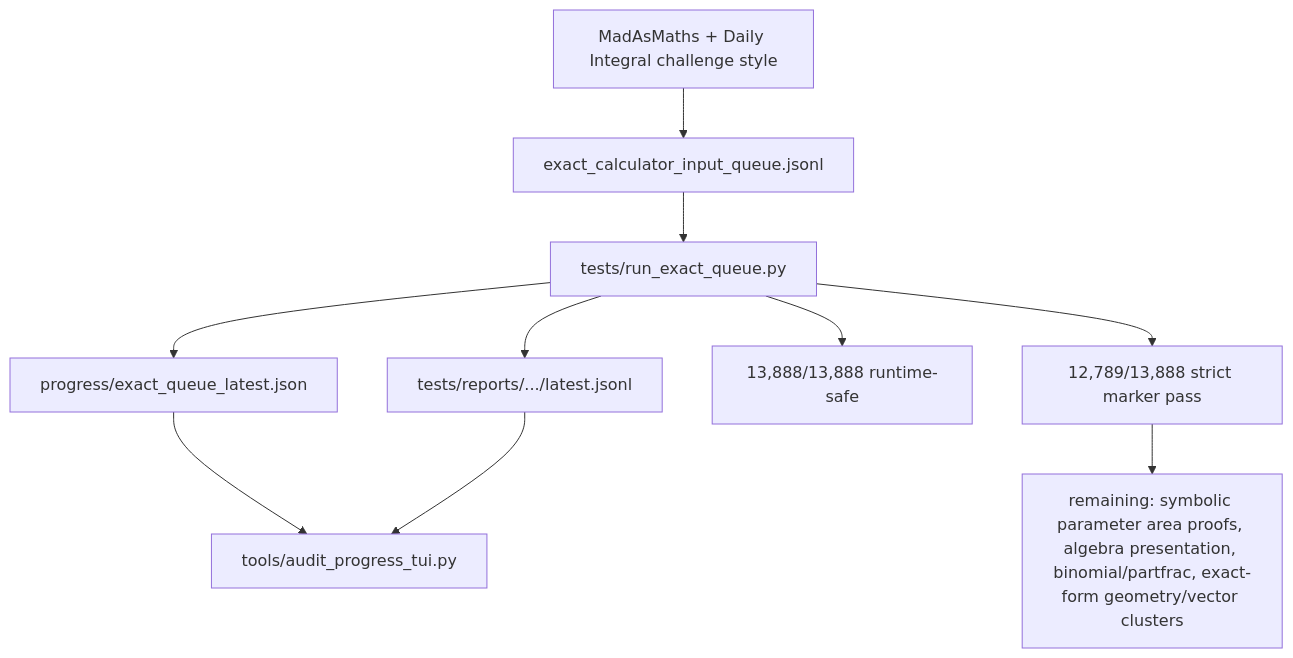
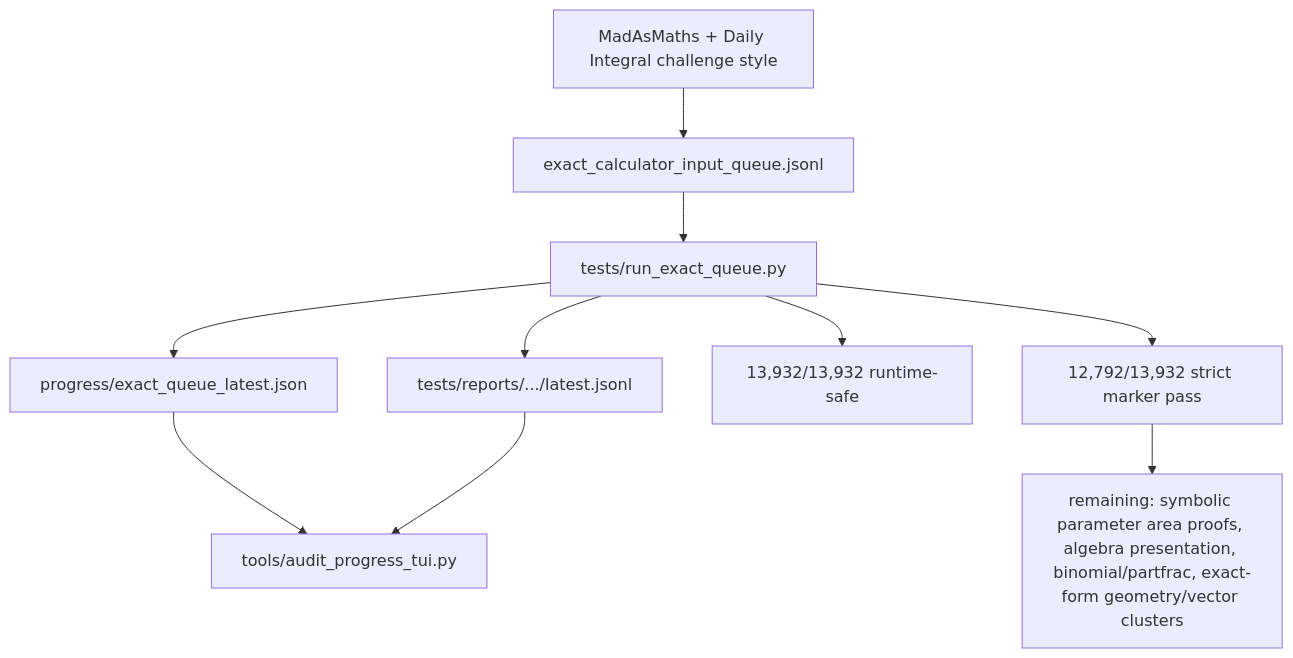
The fifth of 6 diagrams in docs/GRAPH.md (james8464/notes-addin-casio-fx-cg50), drawn with Mermaid before and after one commit. The commit also changed other lines of this file and 4 other files, not shown here.

````diff
--- a/docs/GRAPH.md
+++ b/docs/GRAPH.md
@@ -58,12 +58,12 @@
 ```mermaid
 graph TD
   Online["MadAsMaths + Daily Integral challenge style"] --> Queue["exact_calculator_input_queue.jsonl"]
   Queue --> Runner["tests/run_exact_queue.py"]
   Runner --> Live["progress/exact_queue_latest.json"]
   Runner --> Report["tests/reports/.../latest.jsonl"]
   Live --> TUI["tools/audit_progress_tui.py"]
   Report --> TUI
-  Runner --> Runtime["13,888/13,888 runtime-safe"]
-  Runner --> Strict["12,789/13,888 strict marker pass"]
+  Runner --> Runtime["13,932/13,932 runtime-safe"]
+  Runner --> Strict["12,792/13,932 strict marker pass"]
   Strict --> Remaining["remaining: symbolic parameter area proofs, algebra presentation, binomial/partfrac, exact-form geometry/vector clusters"]
 ```
````
